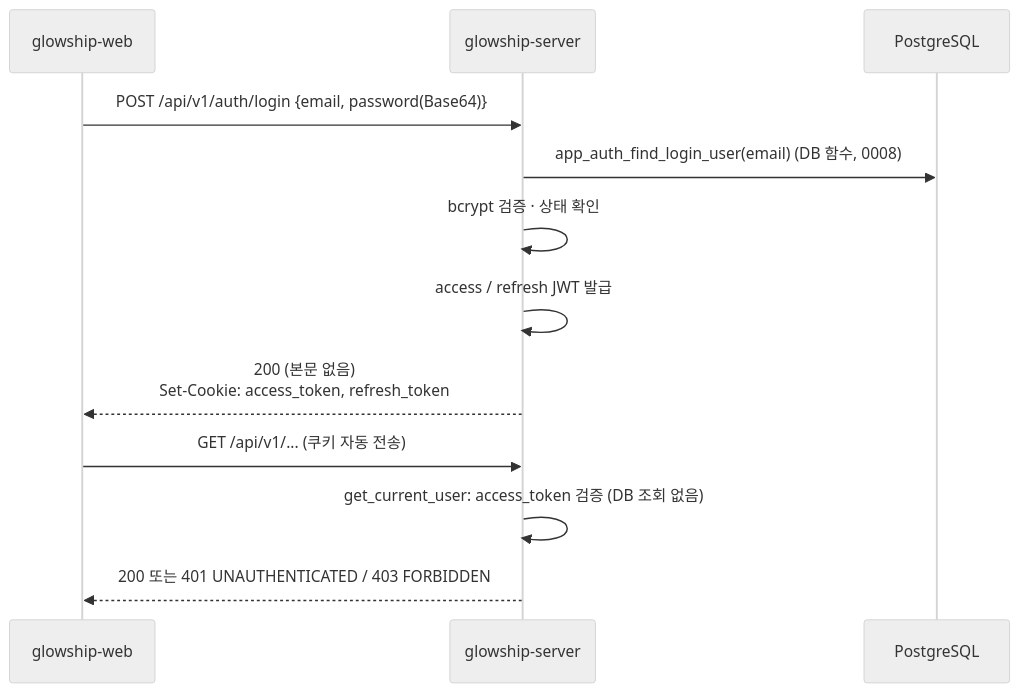
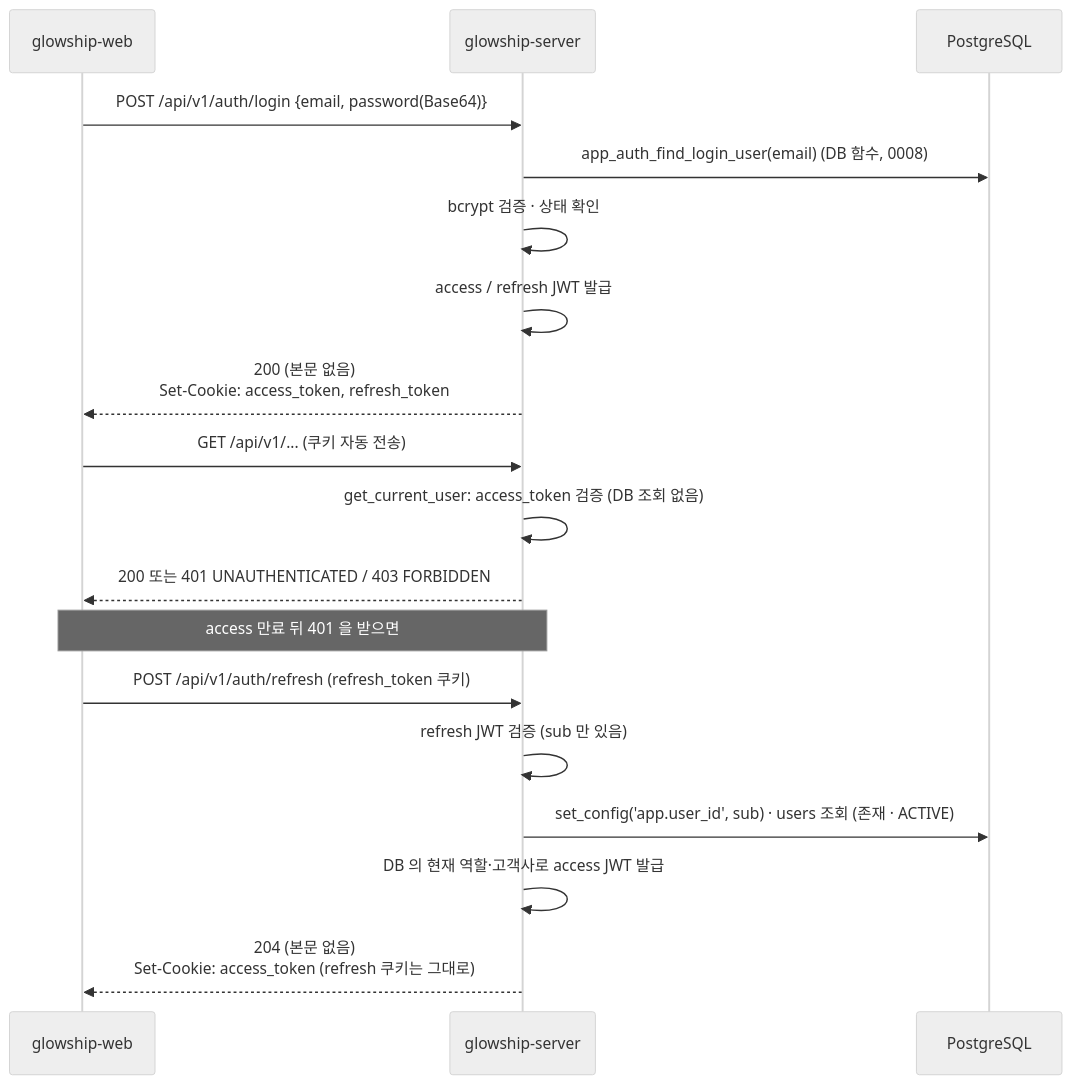
The diagram in docs/auth/login.md (K-GlowShip/glowship-server), drawn with Mermaid (neutral theme) before and after one commit. The commit also changed other lines of this file and 9 other files, not shown here.

First line of the commit message:
feat(user): 접근 토큰 재발급 API 구현 #GLOW-152 (#142)

````diff
--- a/docs/auth/login.md
+++ b/docs/auth/login.md
@@ -8,16 +8,23 @@
 ```mermaid
 sequenceDiagram
     participant W as glowship-web
     participant S as glowship-server
     participant DB as PostgreSQL
 
     W->>S: POST /api/v1/auth/login {email, password(Base64)}
     S->>DB: app_auth_find_login_user(email) (DB 함수, 0008)
     S->>S: bcrypt 검증 · 상태 확인
     S->>S: access / refresh JWT 발급
     S-->>W: 200 (본문 없음)<br/>Set-Cookie: access_token, refresh_token
 
     W->>S: GET /api/v1/... (쿠키 자동 전송)
     S->>S: get_current_user: access_token 검증 (DB 조회 없음)
     S-->>W: 200 또는 401 UNAUTHENTICATED / 403 FORBIDDEN
+
+    Note over W,S: access 만료 뒤 401 을 받으면
+    W->>S: POST /api/v1/auth/refresh (refresh_token 쿠키)
+    S->>S: refresh JWT 검증 (sub 만 있음)
+    S->>DB: set_config('app.user_id', sub) · users 조회 (존재 · ACTIVE)
+    S->>S: DB 의 현재 역할·고객사로 access JWT 발급
+    S-->>W: 204 (본문 없음)<br/>Set-Cookie: access_token (refresh 쿠키는 그대로)
 ```
````
